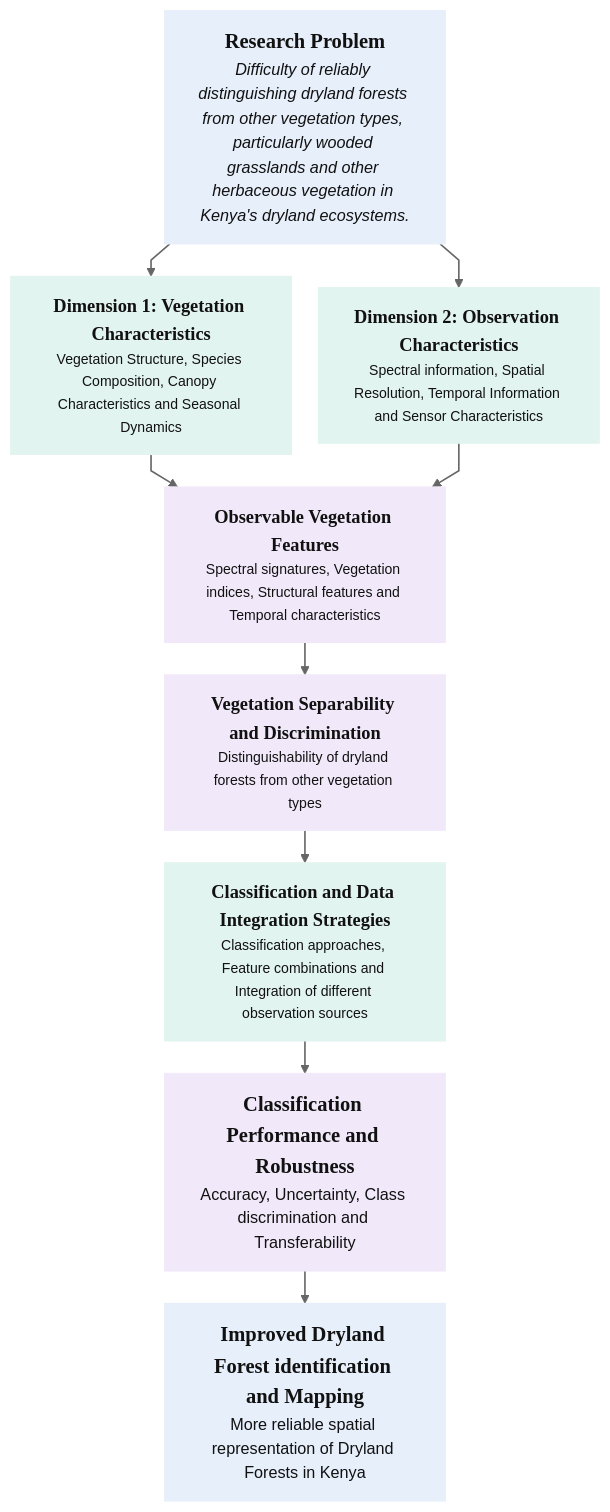
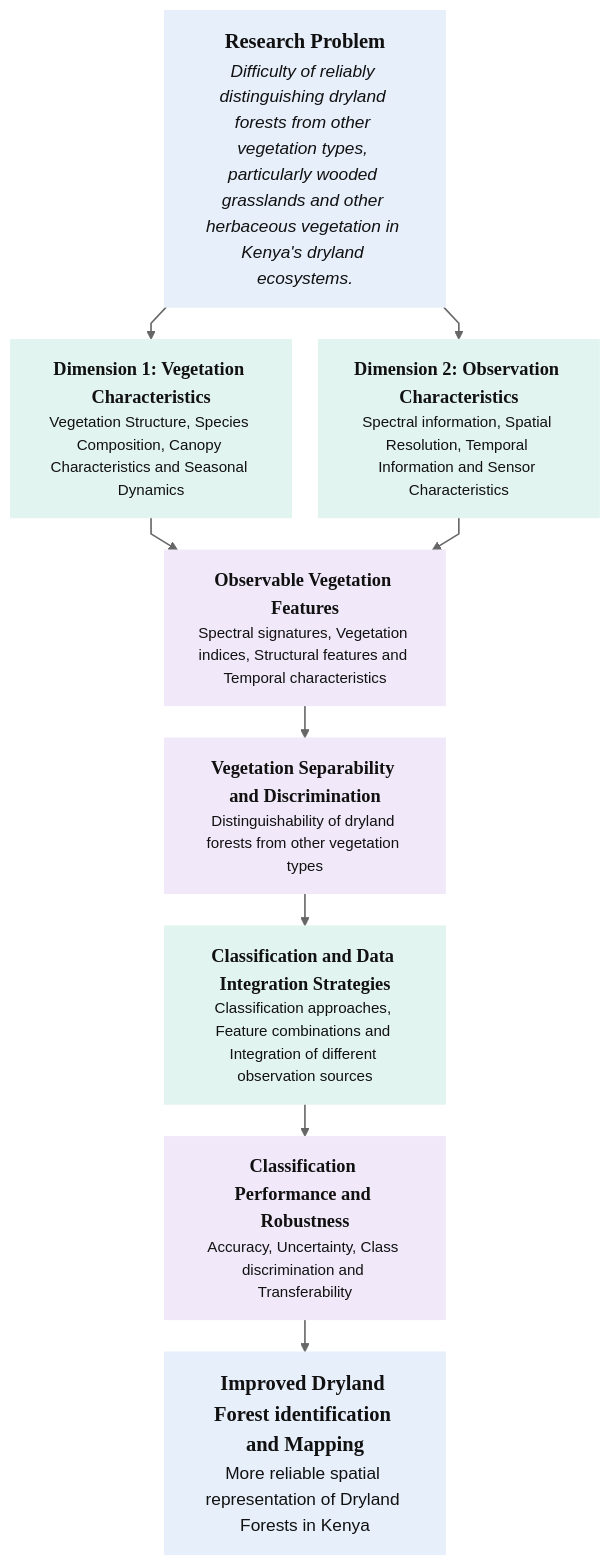
The diagram in Research Concept.md (Merceline10/My-First_Ever), drawn with Mermaid before and after one commit.

Commit message:
Adjust font sizes in Research Concept flowchart
Updated font sizes for various elements in the flowchart to improve visual consistency.

````diff
--- a/Research Concept.md
+++ b/Research Concept.md
@@ -4,55 +4,55 @@
 ```mermaid
 %%{init: {
   "theme": "base",
   "themeVariables": {
     "fontFamily": "Arial, sans-serif",
     "fontSize": "14px",
     "lineColor": "#666666"
   },
   "flowchart": {
     "htmlLabels": true,
     "curve": "linear",
     "nodeSpacing": 25,
     "rankSpacing": 30
   }
 }}%%
 
 flowchart TB
 
-    A["<span style='font-family:Georgia,serif;font-size:19px;font-weight:bold'>Research Problem</span><br/><span style='font-family:Arial,sans-serif;font-size:15px;font-style:italic'>Difficulty of reliably distinguishing dryland forests from other vegetation types, particularly wooded grasslands and other herbaceous vegetation in Kenya's dryland ecosystems.</span>"]
+    A["<span style='font-family:Georgia,serif;font-size:19px;font-weight:bold'>Research Problem</span><br/><span style='font-family:Arial,sans-serif;font-size:16px;font-style:italic'>Difficulty of reliably distinguishing dryland forests from other vegetation types, particularly wooded grasslands and other herbaceous vegetation in Kenya's dryland ecosystems.</span>"]
 
-    B["<span style='font-family:Georgia,serif;font-size:17px;font-weight:bold'>Dimension 1: Vegetation Characteristics</span><br/><span style='font-family:Arial,sans-serif;font-size:13px'>Vegetation Structure, Species Composition, Canopy Characteristics and Seasonal Dynamics</span>"]
+    B["<span style='font-family:Georgia,serif;font-size:17px;font-weight:bold'>Dimension 1: Vegetation Characteristics</span><br/><span style='font-family:Arial,sans-serif;font-size:14px'>Vegetation Structure, Species Composition, Canopy Characteristics and Seasonal Dynamics</span>"]
 
-    C["<span style='font-family:Georgia,serif;font-size:17px;font-weight:bold'>Dimension 2: Observation Characteristics</span><br/><span style='font-family:Arial,sans-serif;font-size:13px'>Spectral information, Spatial Resolution, Temporal Information and Sensor Characteristics</span>"]
+    C["<span style='font-family:Georgia,serif;font-size:17px;font-weight:bold'>Dimension 2: Observation Characteristics</span><br/><span style='font-family:Arial,sans-serif;font-size:14px'>Spectral information, Spatial Resolution, Temporal Information and Sensor Characteristics</span>"]
 
-    D["<span style='font-family:Georgia,serif;font-size:17px;font-weight:bold'>Observable Vegetation Features</span><br/><span style='font-family:Arial,sans-serif;font-size:13px'>Spectral signatures, Vegetation indices, Structural features and Temporal characteristics</span>"]
+    D["<span style='font-family:Georgia,serif;font-size:17px;font-weight:bold'>Observable Vegetation Features</span><br/><span style='font-family:Arial,sans-serif;font-size:14px'>Spectral signatures, Vegetation indices, Structural features and Temporal characteristics</span>"]
 
-    E["<span style='font-family:Georgia,serif;font-size:17px;font-weight:bold'>Vegetation Separability and Discrimination</span><br/><span style='font-family:Arial,sans-serif;font-size:13px'>Distinguishability of dryland forests from other vegetation types</span>"]
+    E["<span style='font-family:Georgia,serif;font-size:17px;font-weight:bold'>Vegetation Separability and Discrimination</span><br/><span style='font-family:Arial,sans-serif;font-size:14px'>Distinguishability of dryland forests from other vegetation types</span>"]
 
-    F["<span style='font-family:Georgia,serif;font-size:17px;font-weight:bold'>Classification and Data Integration Strategies</span><br/><span style='font-family:Arial,sans-serif;font-size:13px'>Classification approaches, Feature combinations and Integration of different observation sources</span>"]
+    F["<span style='font-family:Georgia,serif;font-size:17px;font-weight:bold'>Classification and Data Integration Strategies</span><br/><span style='font-family:Arial,sans-serif;font-size:14px'>Classification approaches, Feature combinations and Integration of different observation sources</span>"]
 
-    G["<span style='font-family:Georgia,serif;font-size:19px;font-weight:bold'>Classification Performance and Robustness</span><br/><span style='font-family:Arial,sans-serif;font-size:15px'>Accuracy, Uncertainty, Class discrimination and Transferability</span>"]
+    G["<span style='font-family:Georgia,serif;font-size:17px;font-weight:bold'>Classification Performance and Robustness</span><br/><span style='font-family:Arial,sans-serif;font-size:14px'>Accuracy, Uncertainty, Class discrimination and Transferability</span>"]
 
-    H["<span style='font-family:Georgia,serif;font-size:19px;font-weight:bold'>Improved Dryland Forest identification and Mapping</span><br/><span style='font-family:Arial,sans-serif;font-size:15px'>More reliable spatial representation of Dryland Forests in Kenya</span>"]
+    H["<span style='font-family:Georgia,serif;font-size:19px;font-weight:bold'>Improved Dryland Forest identification and Mapping</span><br/><span style='font-family:Arial,sans-serif;font-size:16px'>More reliable spatial representation of Dryland Forests in Kenya</span>"]
 
     A --> B
     A --> C
     B --> D
     C --> D
     D --> E
     E --> F
     F --> G
     G --> H
 
     classDef blue fill:#E7EFFB,stroke:#E7EFFB,color:#111111,stroke-width:1px;
     classDef green fill:#E2F4EF,stroke:#E2F4EF,color:#111111,stroke-width:1px;
     classDef purple fill:#F1E9FA,stroke:#F1E9FA,color:#111111,stroke-width:1px;
 
     class A,G blue;
     class B,C,F green;
     class D,E,G purple;
     class H blue;
 
     linkStyle default stroke:#666666,stroke-width:1.5px;
 
 ```
````
